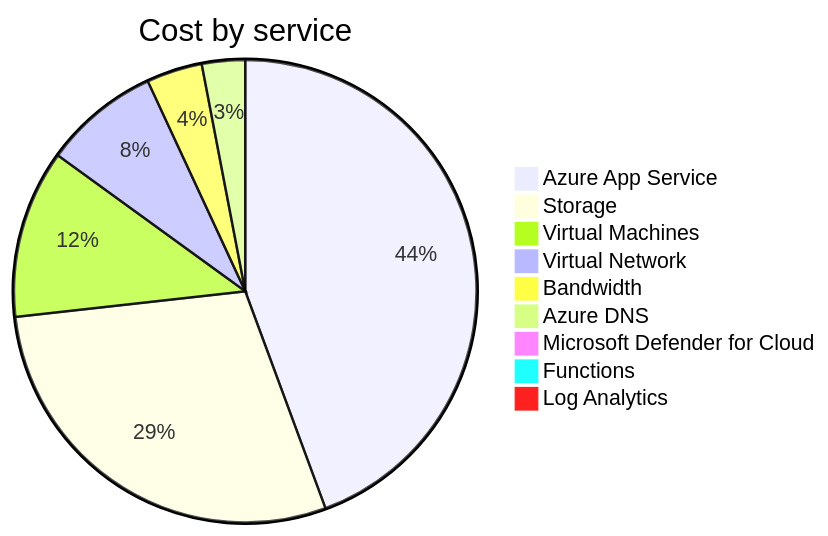
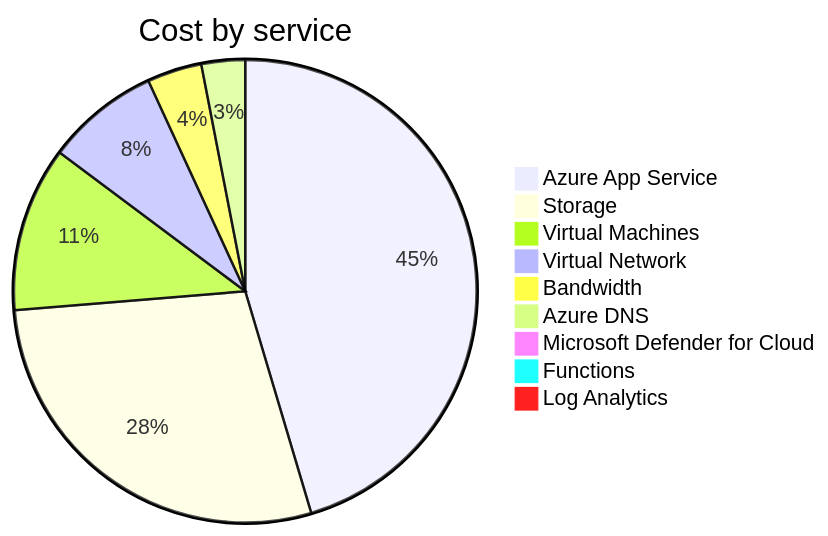
Before and after one commit to jpfulton/azure-personal-reports: the second of 4 diagrams in cost-reports/accumulated-cost.md, drawn with Mermaid. The commit also changed other lines of this file and 4 other files, not shown here.

````diff
--- a/cost-reports/accumulated-cost.md
+++ b/cost-reports/accumulated-cost.md
@@ -103,13 +103,13 @@
 ```mermaid
 pie
    title Cost by service
-   "Azure App Service" : 13.54
-   "Storage" : 8.81
+   "Azure App Service" : 14.15
+   "Storage" : 8.82
    "Virtual Machines" : 3.59
    "Virtual Network" : 2.47
    "Bandwidth" : 1.19
-   "Azure DNS" : 0.92
+   "Azure DNS" : 0.95
    "Microsoft Defender for Cloud" : 0.10
    "Functions" : 0.00
    "Log Analytics" : 0.00
 ```
````
